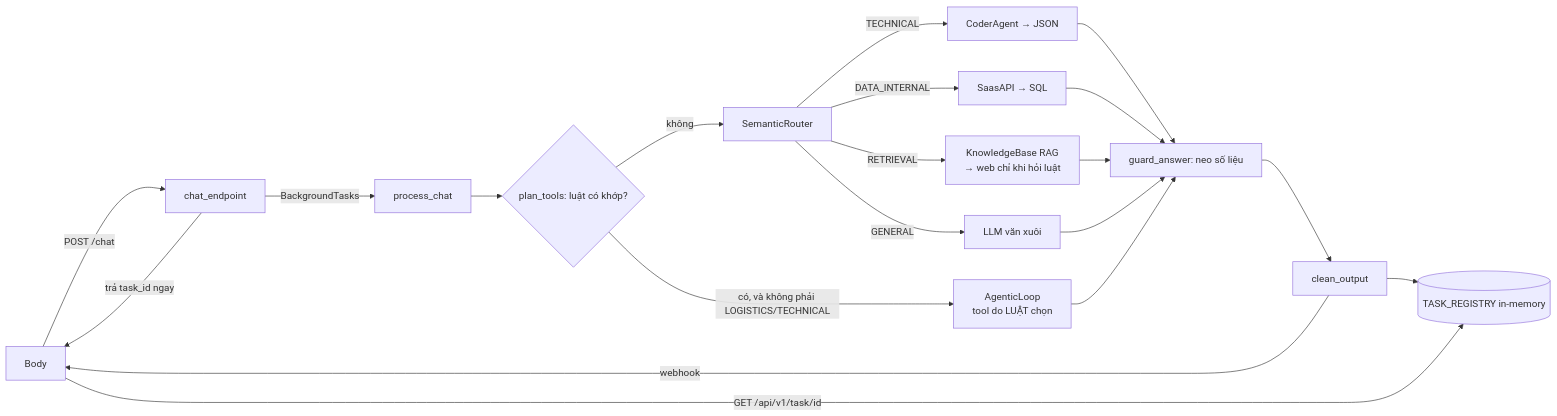
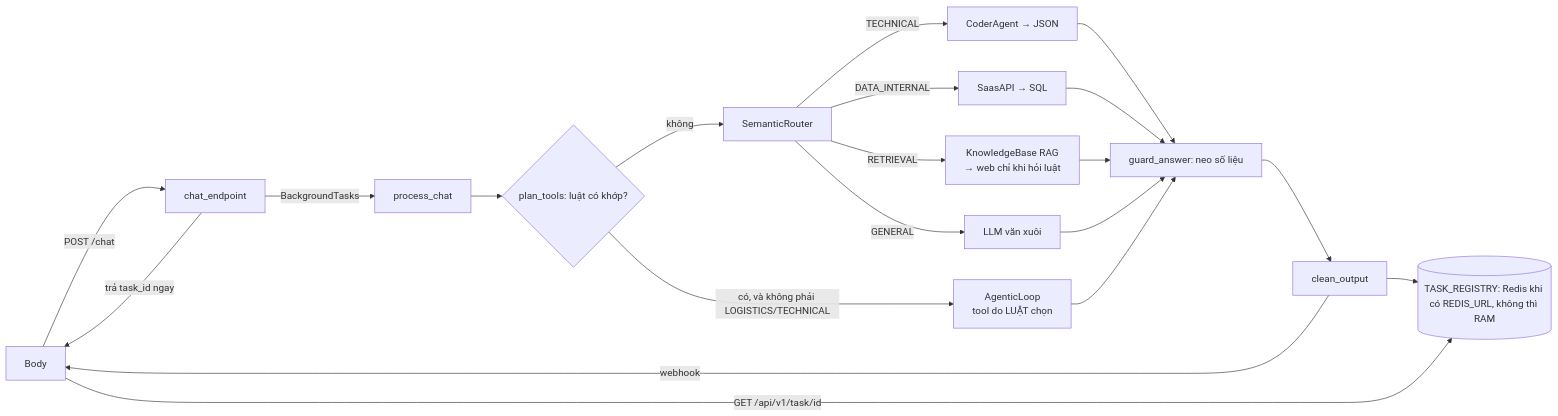
One commit to ANSER-Logistics/ANSER_AI_Logistics changed the first of 4 diagrams in ARCHITECTURE.md. Above: the diagram before and after it, drawn with Mermaid. The commit also changed other lines of this file and 12 other files, not shown here.

First line of the commit message:
feat(engine): TASK_REGISTRY tren Redis khi co REDIS_URL, lui ve RAM khi khong (#15)

````diff
--- a/ARCHITECTURE.md
+++ b/ARCHITECTURE.md
@@ -109,18 +109,18 @@
 ```mermaid
 flowchart LR
     A[Body] -->|POST /chat| B[chat_endpoint]
     B -->|trả task_id ngay| A
     B -->|BackgroundTasks| C[process_chat]
     C --> P{plan_tools: luật có khớp?}
     P -->|có, và không phải LOGISTICS/TECHNICAL| K[AgenticLoop<br/>tool do LUẬT chọn]
     P -->|không| D[SemanticRouter]
     D -->|TECHNICAL| E[CoderAgent → JSON]
     D -->|DATA_INTERNAL| F[SaasAPI → SQL]
     D -->|RETRIEVAL| G[KnowledgeBase RAG<br/>→ web chỉ khi hỏi luật]
     D -->|GENERAL| H[LLM văn xuôi]
     E & F & G & H & K --> Z[guard_answer: neo số liệu]
     Z --> I[clean_output]
     I -->|webhook| A
-    I --> J[(TASK_REGISTRY in-memory)]
+    I --> J[(TASK_REGISTRY: Redis khi có REDIS_URL, không thì RAM)]
     A -->|GET /api/v1/task/id| J
 ```
````
